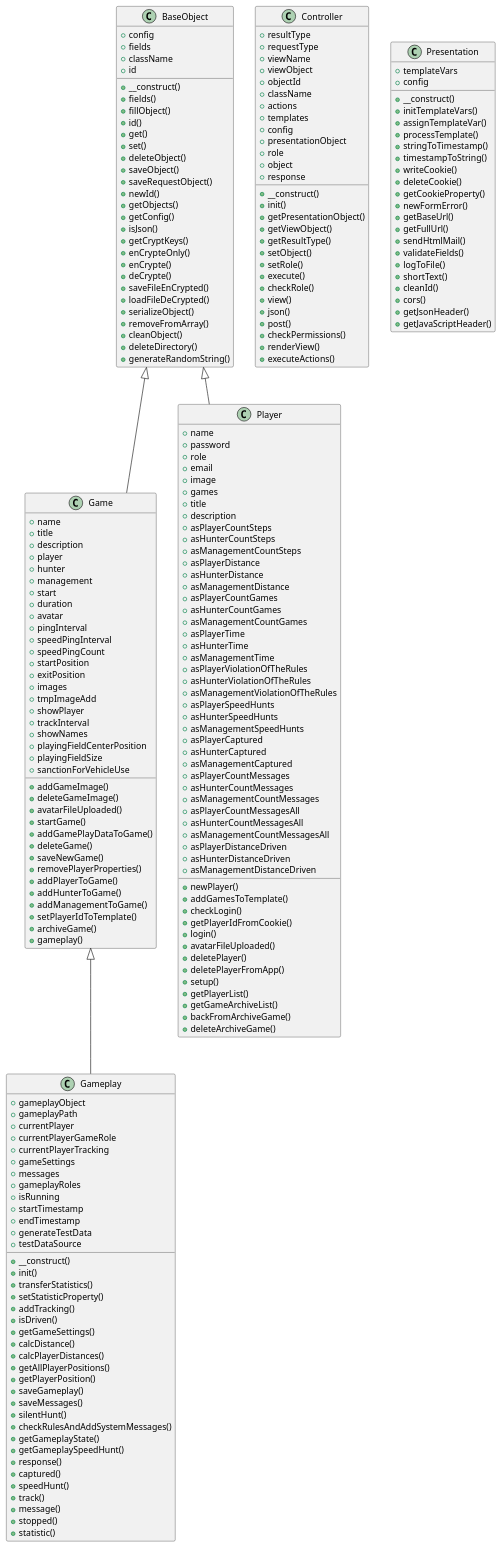
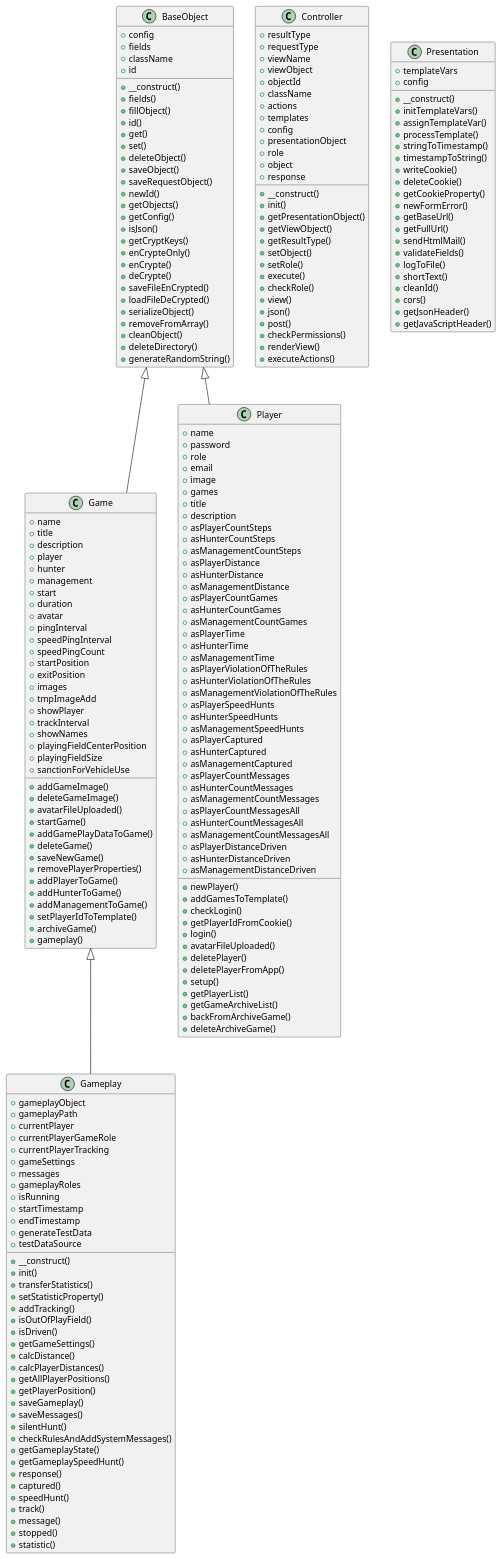
The diagram in includes/docs/php/graphs/classes.puml (septem-sensu/friendshunt), drawn with PlantUML before and after one commit. The commit also changed 19 other files, not shown here.

```diff
--- a/includes/docs/php/graphs/classes.puml
+++ b/includes/docs/php/graphs/classes.puml
@@ -120,6 +120,7 @@
   +transferStatistics()
   +setStatisticProperty()
   +addTracking()
+  +isOutOfPlayField()
   +isDriven()
   +getGameSettings()
   +calcDistance()
```
